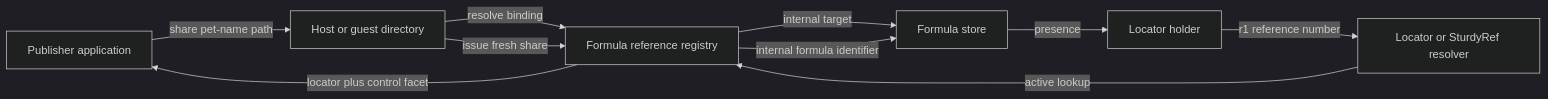
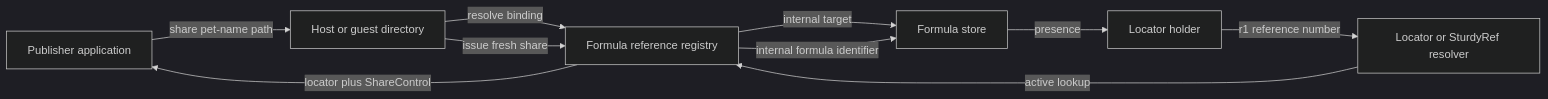
One commit to endojs/endo-but-for-bots changed the first of 3 diagrams in designs/daemon-formula-identifier-indirection.md. Above: the diagram before and after it, drawn with Mermaid (dark theme). The commit also changed other lines of this file, not shown here.

````diff
--- a/designs/daemon-formula-identifier-indirection.md
+++ b/designs/daemon-formula-identifier-indirection.md
@@ -224,12 +340,12 @@
 ```mermaid
 flowchart LR
     App[Publisher application] -->|share pet-name path| Directory[Host or guest directory]
     Directory -->|resolve binding| Registry[Formula reference registry]
     Registry -->|internal target| FormulaStore[Formula store]
     Directory -->|issue fresh share| Registry
-    Registry -->|locator plus control facet| App
+    Registry -->|locator plus ShareControl| App
     Holder[Locator holder] -->|r1 reference number| Resolver[Locator or SturdyRef resolver]
     Resolver -->|active lookup| Registry
     Registry -->|internal formula identifier| FormulaStore
     FormulaStore -->|presence| Holder
 ```
````
